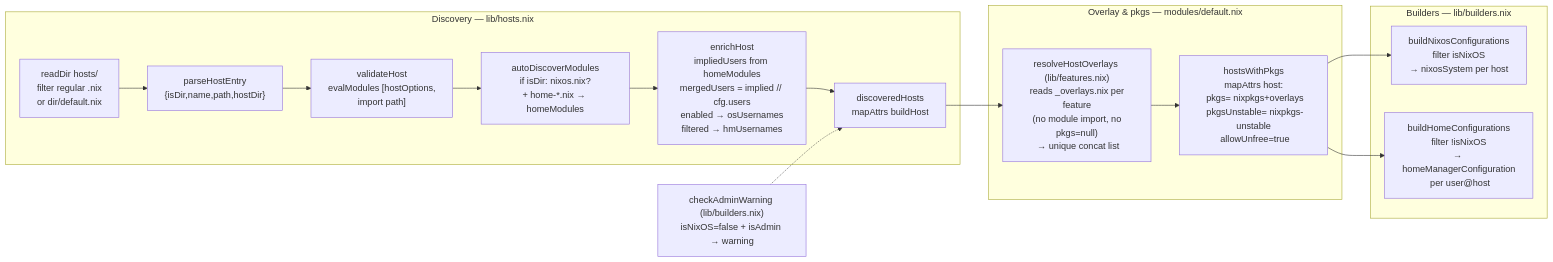
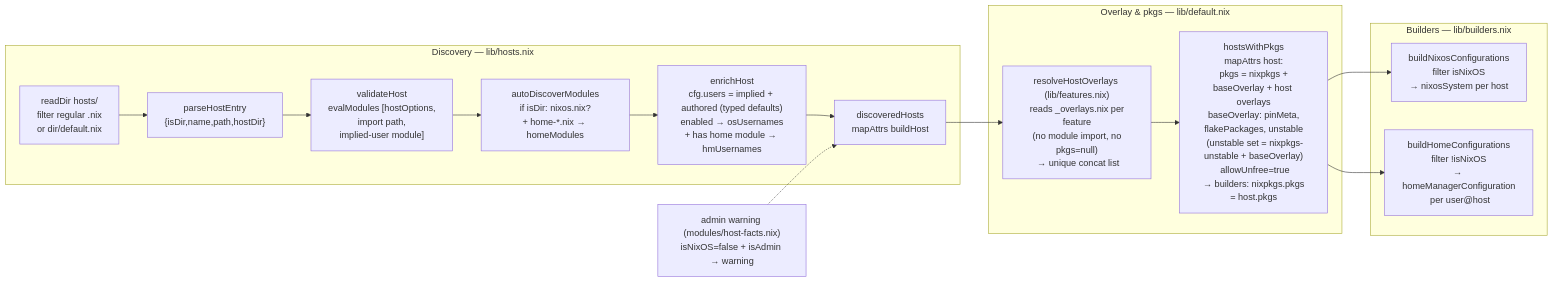
One commit to WombatFromHell/automatic-palm-tree changed the second of 7 diagrams in DESIGN.md. Above: the diagram before and after it, drawn with Mermaid. The commit also changed other lines of this file and 49 other files, not shown here.

````diff
--- a/DESIGN.md
+++ b/DESIGN.md
@@ -93,23 +90,23 @@
 ```mermaid
 flowchart LR
     subgraph Disc ["Discovery — lib/hosts.nix"]
         scan["readDir hosts/\nfilter regular .nix\nor dir/default.nix"] --> parse["parseHostEntry\n{isDir,name,path,hostDir}"]
-        parse --> validate["validateHost\nevalModules [hostOptions,\n import path]"]
+        parse --> validate["validateHost\nevalModules [hostOptions,\n import path,\n implied-user module]"]
         validate --> auto["autoDiscoverModules\nif isDir: nixos.nix?\n+ home-*.nix → homeModules"]
-        auto --> enrich["enrichHost\nimpliedUsers from homeModules\nmergedUsers = implied // cfg.users\nenabled → osUsernames\nfiltered → hmUsernames"]
+        auto --> enrich["enrichHost\ncfg.users = implied + authored (typed defaults)\nenabled → osUsernames\n+ has home module → hmUsernames"]
         enrich --> discovered["discoveredHosts\nmapAttrs buildHost"]
     end
-    subgraph Pkgs ["Overlay & pkgs — modules/default.nix"]
+    subgraph Pkgs ["Overlay & pkgs — lib/default.nix"]
         overlays["resolveHostOverlays (lib/features.nix)\n reads _overlays.nix per feature\n (no module import, no pkgs=null)\n → unique concat list"]
-        mkPkgs["hostsWithPkgs\nmapAttrs host:\n pkgs= nixpkgs+overlays\n pkgsUnstable= nixpkgs-unstable\n allowUnfree=true"]
+        mkPkgs["hostsWithPkgs\nmapAttrs host:\n pkgs = nixpkgs + baseOverlay + host overlays\n baseOverlay: pinMeta, flakePackages, unstable\n (unstable set = nixpkgs-unstable + baseOverlay)\n allowUnfree=true\n → builders: nixpkgs.pkgs = host.pkgs"]
         overlays --> mkPkgs
     end
     subgraph Out ["Builders — lib/builders.nix"]
         nixos["buildNixosConfigurations\nfilter isNixOS\n→ nixosSystem per host"]
         hm["buildHomeConfigurations\nfilter !isNixOS\n→ homeManagerConfiguration\n per user@host"]
     end
     discovered --> overlays
     mkPkgs --> nixos & hm
 
-    checkWarn["checkAdminWarning (lib/builders.nix)\nisNixOS=false + isAdmin → warning"] -.-> discovered
+    checkWarn["admin warning (modules/host-facts.nix)\nisNixOS=false + isAdmin → warning"] -.-> discovered
 ```
````
